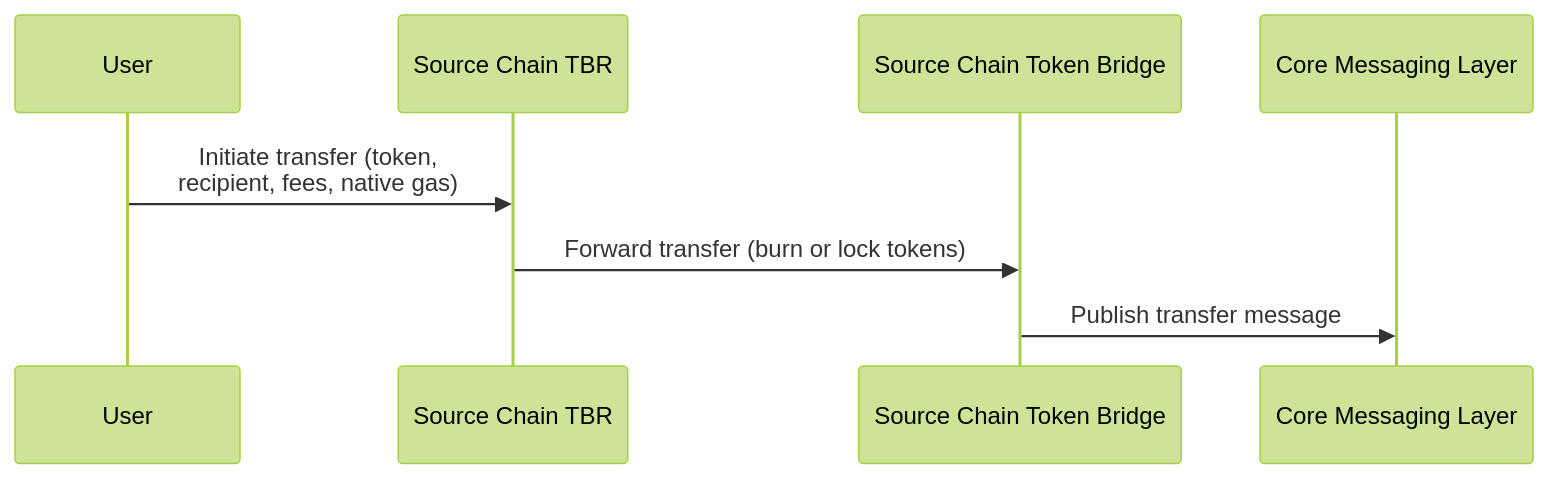
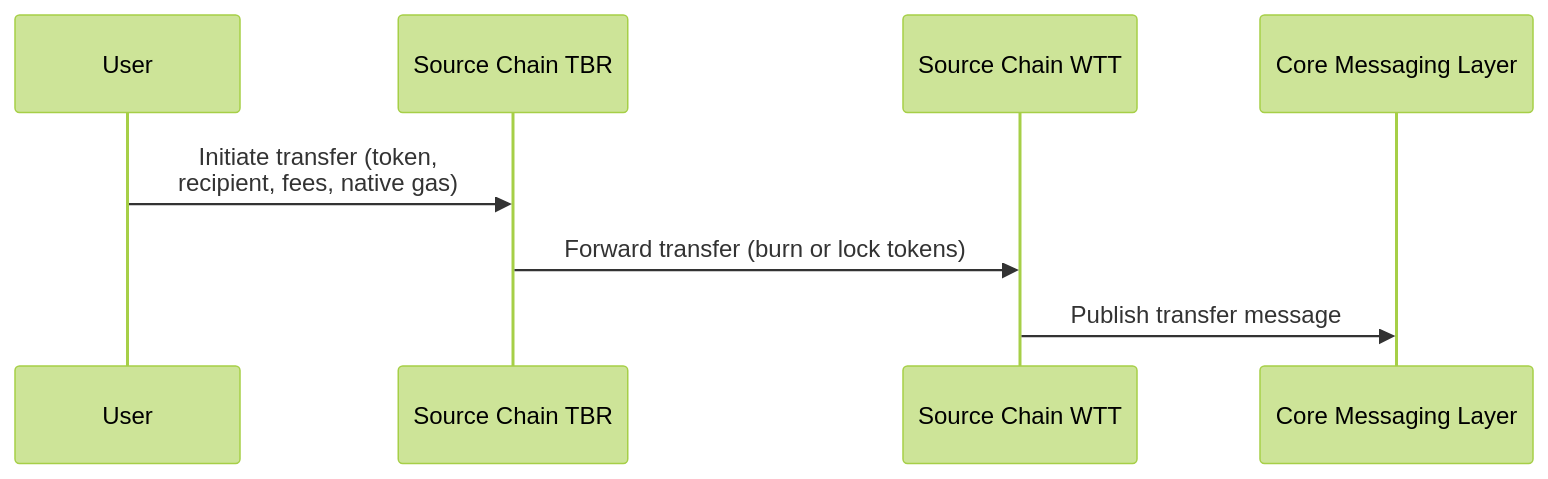
One commit to wormhole-foundation/wormhole-docs changed the third of 4 diagrams in products/token-bridge/concepts/transfer-flow.md. Above: the diagram before and after it, drawn with Mermaid (forest theme). The commit also changed other lines of this file, not shown here.

Commit message:
update transfer flow to wtt

````diff
--- a/products/token-bridge/concepts/transfer-flow.md
+++ b/products/token-bridge/concepts/transfer-flow.md
@@ -167,11 +170,11 @@
 ```mermaid
 sequenceDiagram
     participant User
     participant SourceTBR as Source Chain TBR
-    participant SourceTB as Source Chain Token Bridge
+    participant SourceTB as Source Chain WTT
     participant Messaging as Core Messaging Layer
 
     User->>SourceTBR: Initiate transfer (token, <br>recipient, fees, native gas)
     SourceTBR->>SourceTB: Forward transfer (burn or lock tokens)
     SourceTB->>Messaging: Publish transfer message
 ```
````
